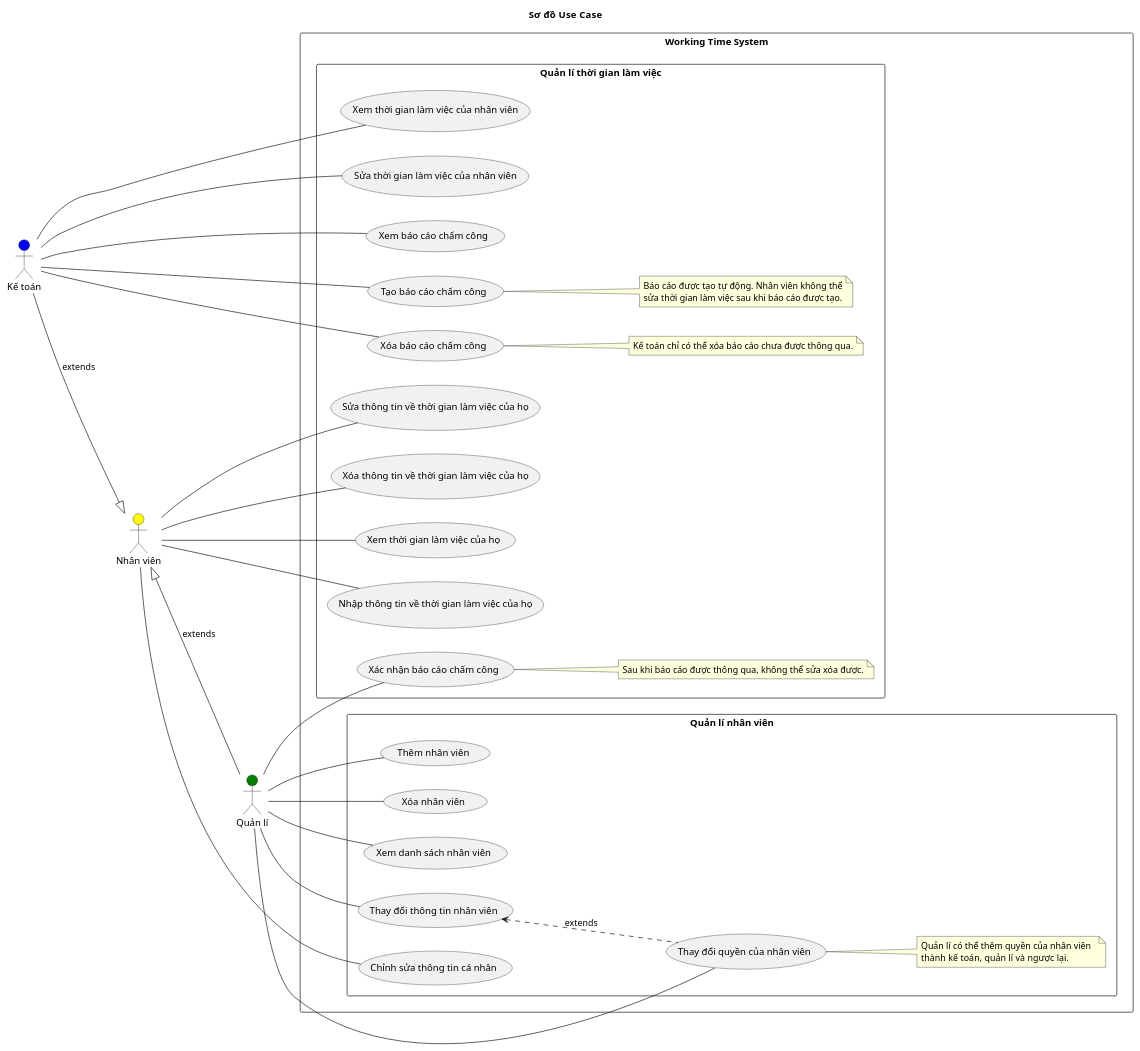
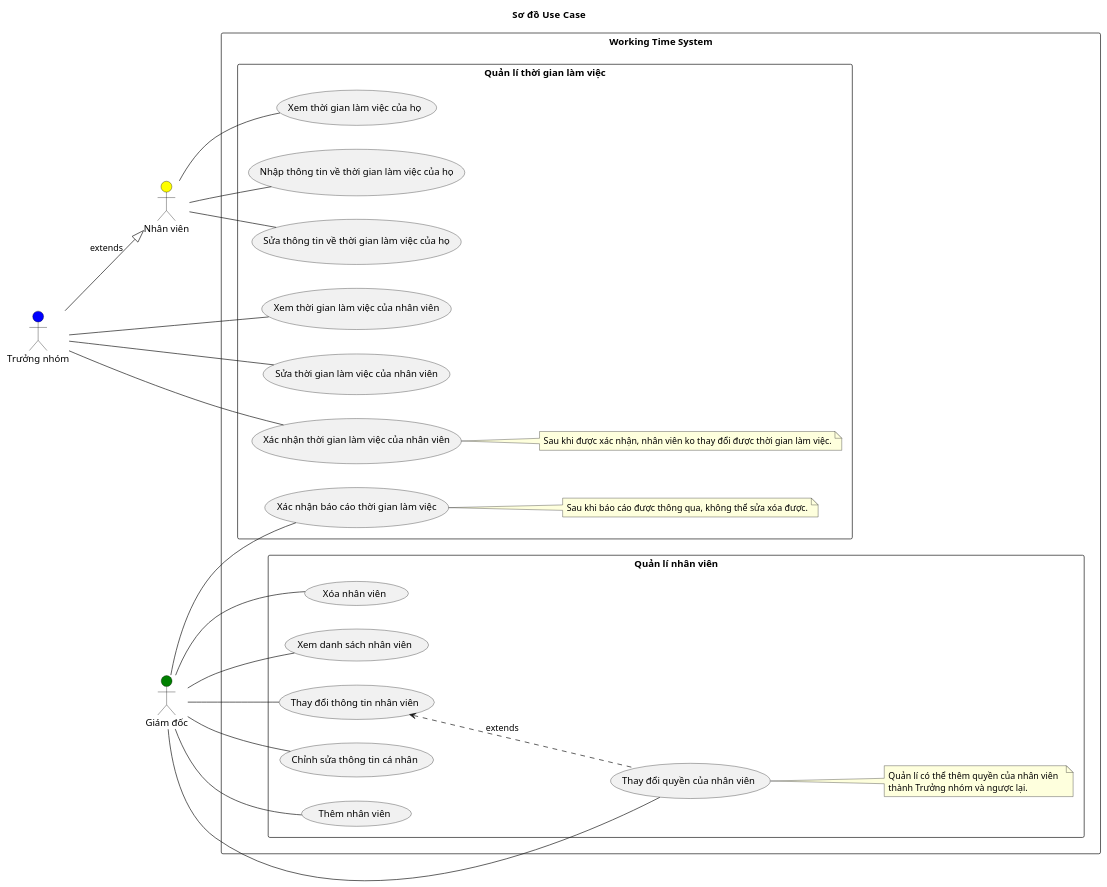
The diagram in UseCase.puml (oximenvn/Working-Time-Management), drawn with PlantUML before and after one commit. The commit also changed 3 other files, not shown here.

Commit message:
[Update] Change the use case diagram, work flow.

```diff
--- a/UseCase.puml
+++ b/UseCase.puml
@@ -1,63 +1,55 @@
 @startuml
 
 left to right direction
 
 skinparam actor {
     BorderColor black
     
 }
 
 title  Sơ đồ  Use Case  
 
-:Quản lí: as Ad #green
-:Nhân viên: as U  #yellow
-:Kế toán: as Ac #blue
+:Giám đốc: as Manager #green
+:Nhân viên: as Member  #yellow
+:Trưởng nhóm: as Leader #blue
 
-U <|-down- Ad : extends
-U <|-up- Ac : extends
+Member <|-up- Leader : extends
 
 rectangle "Working Time System"  {
     rectangle "Quản lí nhân viên" {
-    Ad -- (Thêm nhân viên)
-    Ad -- (Xóa nhân viên)
-    Ad -- (Xem danh sách nhân viên)
-    Ad -- (Thay đổi thông tin nhân viên)
-    Ad -- (Thay đổi quyền của nhân viên) 
+    Manager -- (Thêm nhân viên)
+    Manager -- (Xóa nhân viên)
+    Manager -- (Xem danh sách nhân viên)
+    Manager -- (Thay đổi thông tin nhân viên)
+    Manager -- (Thay đổi quyền của nhân viên) 
     note right of (Thay đổi quyền của nhân viên) 
         Quản lí có thể thêm quyền của nhân viên  
-        thành kế  toán, quản lí và ngược lại.
+        thành Trưởng nhóm và ngược lại.
     end note
     (Thay đổi thông tin nhân viên) <.. (Thay đổi quyền của nhân viên) : extends
 
 
-    U -- (Chỉnh sửa thông tin cá nhân)
+    Manager -- (Chỉnh sửa thông tin cá nhân)
 
 
     }
 
     rectangle "Quản lí thời gian làm việc" {
-    Ad -- (Xác nhận báo cáo chấm công)
-    note right of (Xác nhận báo cáo chấm công)
+    Manager -- (Xác nhận báo cáo thời gian làm việc)
+    note right of (Xác nhận báo cáo thời gian làm việc)
         Sau khi báo cáo được thông qua, không thể sửa xóa được.
     end note
 
-    U -- (Nhập thông tin về thời gian làm việc của họ)
-    U -- (Sửa thông tin về thời gian làm việc của họ)
-    U -- (Xóa thông tin về thời gian làm việc của họ)
-    U -- (Xem thời gian làm việc của họ)
+    Member -- (Nhập thông tin về thời gian làm việc của họ)
+    Member -- (Sửa thông tin về thời gian làm việc của họ)
+    Member -- (Xem thời gian làm việc của họ)
 
-    Ac -- (Xem thời gian làm việc của nhân viên)
-    Ac -- (Sửa thời gian làm việc của nhân viên)
-    Ac -- (Xem báo cáo chấm công)
-    Ac -- (Tạo báo cáo chấm công)
-    note right of (Tạo báo cáo chấm công)
-        Báo cáo được tạo tự động. Nhân viên không thể
-        sửa thời gian làm việc sau khi báo cáo được tạo.
-    end note
-    Ac -- (Xóa báo cáo chấm công)
-    note right of (Xóa báo cáo chấm công)
-        Kế toán chỉ có thể xóa báo cáo chưa được thông qua.
+    Leader -- (Xem thời gian làm việc của nhân viên)
+    Leader -- (Sửa thời gian làm việc của nhân viên)
+    Leader -- (Xác nhận thời gian làm việc của nhân viên)
+    note right of (Xác nhận thời gian làm việc của nhân viên)
+        Sau khi được xác nhận, nhân viên ko thay đổi được thời gian làm việc.
     end note
     }
 }
 @enduml
```
